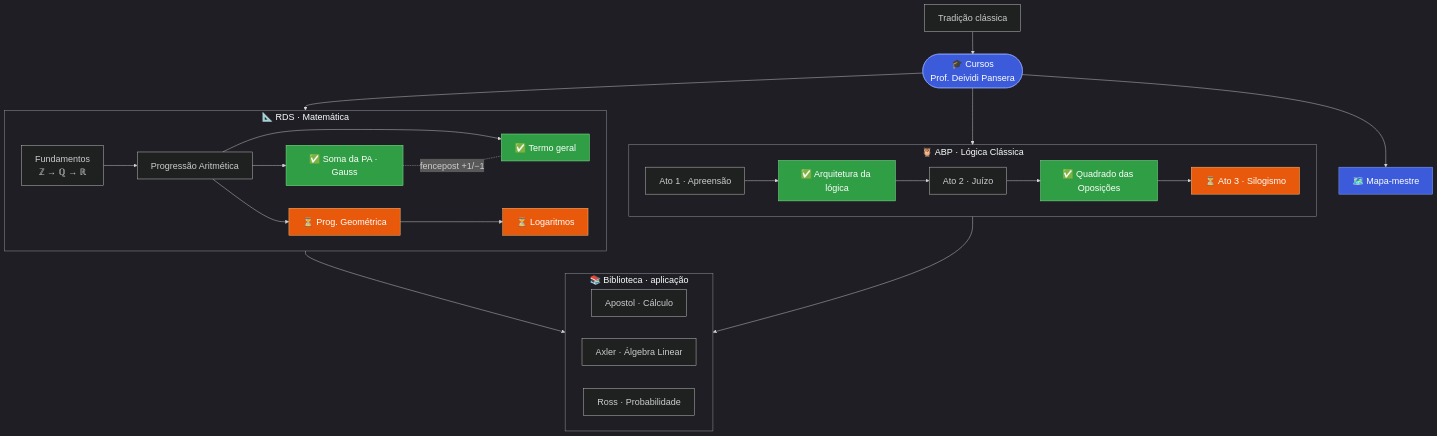
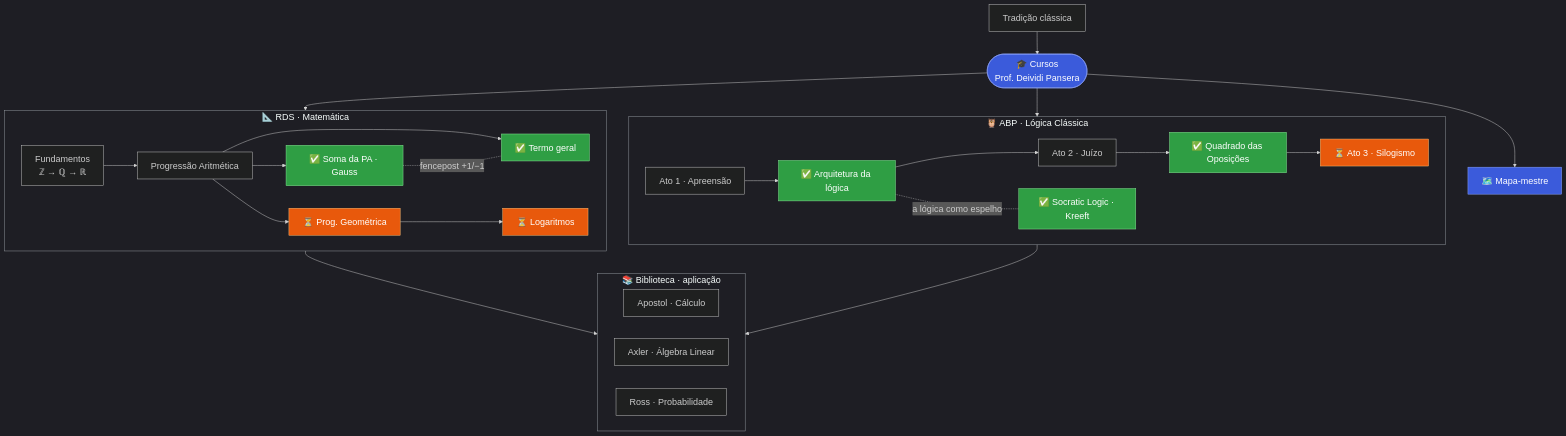
Before and after one commit to marcospaula/rds_abp_estudos: the diagram in README.md, drawn with Mermaid. The commit also changed other lines of this file and 1 other file, not shown here.

Commit message:
docs(notas): insight do Socratic Logic (a logica como espelho) + KG

````diff
--- a/README.md
+++ b/README.md
@@ -17,51 +17,53 @@
 ```mermaid
 %%{init: {'theme':'dark','themeVariables':{'fontSize':'20px','fontFamily':'sans-serif','clusterBkg':'transparent','clusterBorder':'#9aa0a6'}}}%%
 graph TD
     TRAD["Tradição clássica"] --> RAIZ
     RAIZ(["🎓 Cursos<br/>Prof. Deividi Pansera"]) --> RDS
     RAIZ --> ABP
     RAIZ --> MAPA["🗺️ Mapa-mestre"]
 
     subgraph RDS ["📐 RDS · Matemática"]
         FUND["Fundamentos<br/>ℤ → ℚ → ℝ"]
         PA["Progressão Aritmética"]
         PASOMA["✅ Soma da PA · Gauss"]
         PATERMO["✅ Termo geral"]
         PG["⏳ Prog. Geométrica"]
         LOG["⏳ Logaritmos"]
         FUND --> PA
         PA --> PASOMA
         PA --> PATERMO
         PA --> PG
         PG --> LOG
         PASOMA -. "fencepost +1/−1" .- PATERMO
     end
 
     subgraph ABP ["🦉 ABP · Lógica Clássica"]
         ATO1["Ato 1 · Apreensão"]
         ARQ["✅ Arquitetura da lógica"]
         ATO2["Ato 2 · Juízo"]
         QUAD["✅ Quadrado das Oposições"]
         ATO3["⏳ Ato 3 · Silogismo"]
+        KREEFT["✅ Socratic Logic · Kreeft"]
         ATO1 --> ARQ --> ATO2 --> QUAD --> ATO3
+        ARQ -. "a lógica como espelho" .- KREEFT
     end
 
     RDS --> BIB
     ABP --> BIB
     subgraph BIB ["📚 Biblioteca · aplicação"]
         APOSTOL["Apostol · Cálculo"]
         AXLER["Axler · Álgebra Linear"]
         ROSS["Ross · Probabilidade"]
     end
 
     classDef done fill:#2f9e44,stroke:#8ce99a,color:#ffffff;
     classDef todo fill:#e8590c,stroke:#ffc078,color:#ffffff;
     classDef hub fill:#3b5bdb,stroke:#91a7ff,color:#ffffff;
-    class PASOMA,PATERMO,ARQ,QUAD done;
+    class PASOMA,PATERMO,ARQ,QUAD,KREEFT done;
     class PG,LOG,ATO3 todo;
     class RAIZ,MAPA hub;
 
     style RDS fill:transparent,stroke:#9aa0a6,stroke-width:1px
     style ABP fill:transparent,stroke:#9aa0a6,stroke-width:1px
     style BIB fill:transparent,stroke:#9aa0a6,stroke-width:1px
 ```
````
